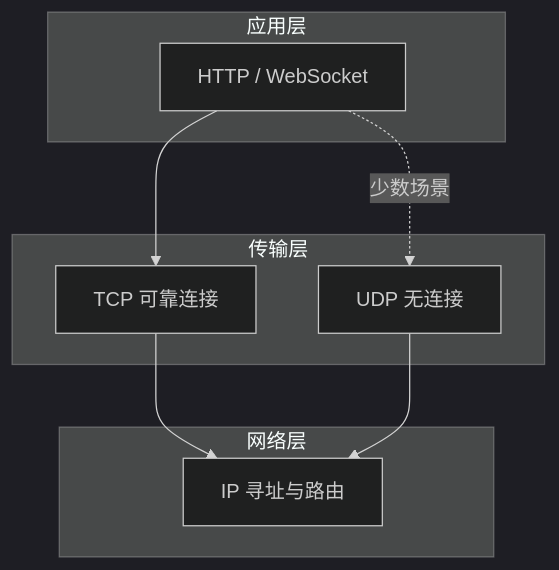
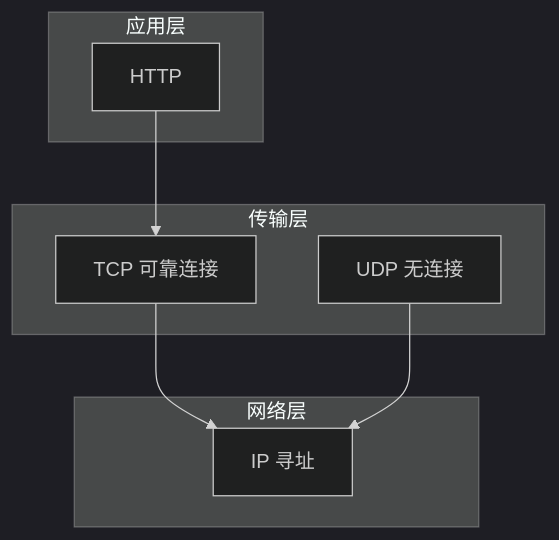
The first of 4 diagrams in 前端学习/计算机网络/02-TCP与UDP.md (moqix26/study), drawn with Mermaid (dark theme) before and after one commit. The commit also changed other lines of this file and 10 other files, not shown here.

````diff
--- a/前端学习/计算机网络/02-TCP与UDP.md
+++ b/前端学习/计算机网络/02-TCP与UDP.md
@@ -111,17 +79,16 @@
 ```mermaid
 flowchart TB
     subgraph 应用层
-        HTTP[HTTP / WebSocket]
+        HTTP[HTTP]
     end
     subgraph 传输层
         TCP[TCP 可靠连接]
         UDP[UDP 无连接]
     end
     subgraph 网络层
-        IP[IP 寻址与路由]
+        IP[IP 寻址]
     end
     HTTP --> TCP
-    HTTP -.->|少数场景| UDP
     TCP --> IP
     UDP --> IP
 ```
````
